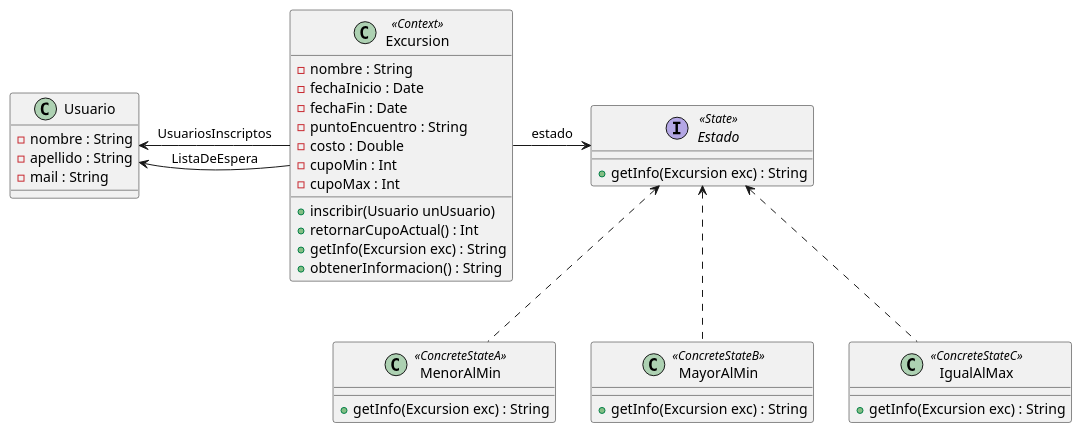
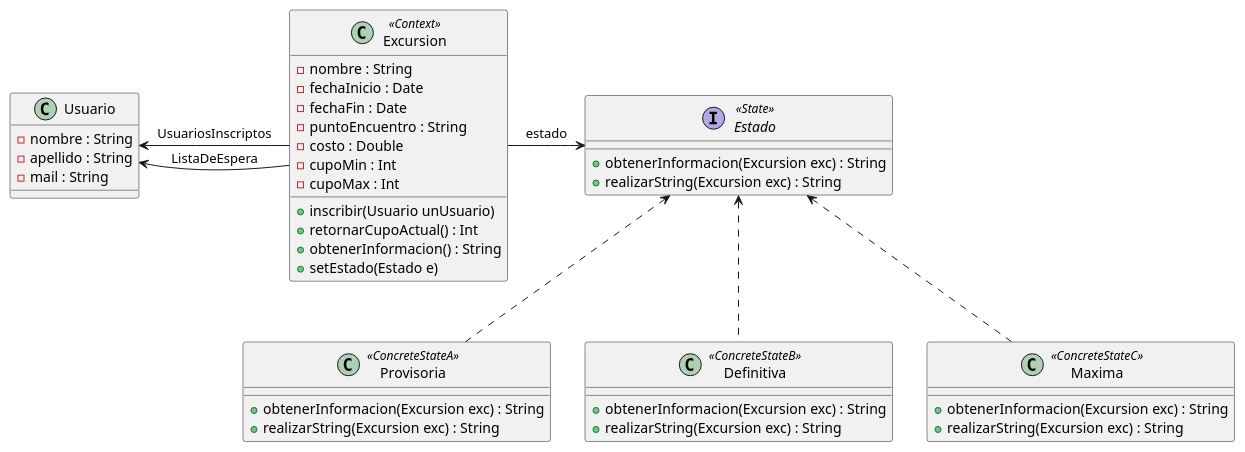
The diagram in Objetos 2/UMLs/Ejercicio6Patrones.puml (BautistaMarquez/Tercero-PrimerCuatrimestre), drawn with PlantUML before and after one commit. The commit also changed 15 other files, not shown here.

```diff
--- a/Objetos 2/UMLs/Ejercicio6Patrones.puml
+++ b/Objetos 2/UMLs/Ejercicio6Patrones.puml
@@ -1,47 +1,51 @@
 @startuml Ejercicio6
 
 Usuario <- Excursion : UsuariosInscriptos 
 Usuario <- Excursion : ListaDeEspera
 Excursion -> Estado : estado
-Estado <.. MenorAlMin
-Estado <.. MayorAlMin
-Estado <.. IgualAlMax
+Estado <.. Provisoria
+Estado <.. Definitiva
+Estado <.. Maxima
 
 class Excursion <<Context>> {
     -nombre : String
     -fechaInicio : Date 
     -fechaFin : Date 
     -puntoEncuentro : String 
     -costo : Double 
     -cupoMin : Int 
     -cupoMax : Int 
     +inscribir(Usuario unUsuario)
     +retornarCupoActual() : Int
-    +getInfo(Excursion exc) : String 
     +obtenerInformacion() : String
+    +setEstado(Estado e)
 }
 
 class Usuario {
     -nombre : String 
     -apellido : String 
     -mail : String 
 
 }
 
 interface Estado <<State>> {
-    +getInfo(Excursion exc) : String
+    +obtenerInformacion(Excursion exc) : String
+    +realizarString(Excursion exc) : String
 }
 
-class MenorAlMin <<ConcreteStateA>> {
-    +getInfo(Excursion exc) : String
+class Provisoria <<ConcreteStateA>> {
+    +obtenerInformacion(Excursion exc) : String
+    +realizarString(Excursion exc) : String
 }
 
-class MayorAlMin <<ConcreteStateB>> {
-    +getInfo(Excursion exc) : String
+class Definitiva <<ConcreteStateB>> {
+    +obtenerInformacion(Excursion exc) : String
+    +realizarString(Excursion exc) : String
 }
 
-class IgualAlMax <<ConcreteStateC>> {
-    +getInfo(Excursion exc) : String
+class Maxima <<ConcreteStateC>> {
+    +obtenerInformacion(Excursion exc) : String
+    +realizarString(Excursion exc) : String
 }
 
 @enduml
```
